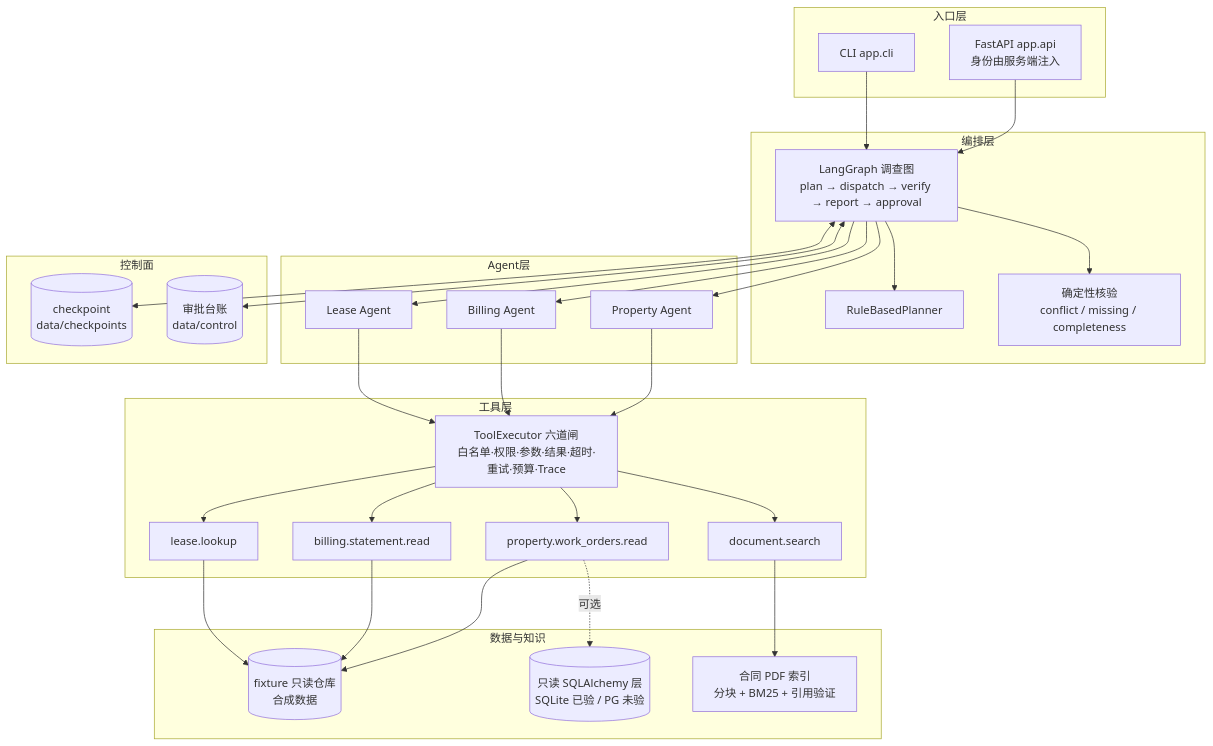
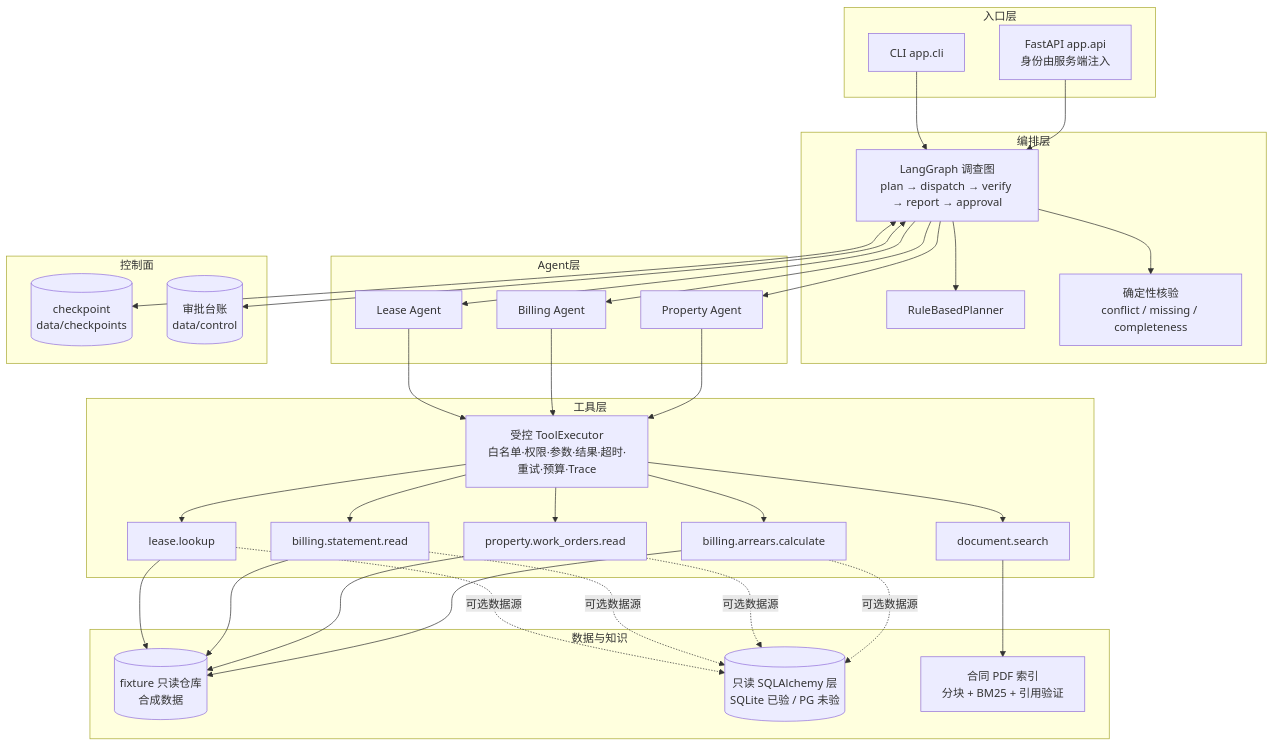
Before and after one commit to minatolog/commercial-property-multi-agent: the diagram in README.md, drawn with Mermaid. The commit also changed other lines of this file and 33 other files, not shown here.

````diff
--- a/README.md
+++ b/README.md
@@ -95,51 +96,52 @@
 ```mermaid
 flowchart TB
     subgraph 入口层
         CLI[CLI app.cli]
         API[FastAPI app.api<br/>身份由服务端注入]
     end
 
     subgraph 编排层
         G[LangGraph 调查图<br/>plan → dispatch → verify → report → approval]
         P[RuleBasedPlanner]
         V[确定性核验<br/>conflict / missing / completeness]
     end
 
     subgraph Agent层
         L[Lease Agent]
         B[Billing Agent]
         PR[Property Agent]
     end
 
     subgraph 工具层
-        EX[ToolExecutor 六道闸<br/>白名单·权限·参数·结果·超时·重试·预算·Trace]
+        EX[受控 ToolExecutor<br/>白名单·权限·参数·结果·超时·重试·预算·Trace]
         T1[lease.lookup]
         T2[billing.statement.read]
         T3[property.work_orders.read]
         T4[document.search]
+        T5[billing.arrears.calculate]
     end
 
     subgraph 数据与知识
         F[(fixture 只读仓库<br/>合成数据)]
         DB[(只读 SQLAlchemy 层<br/>SQLite 已验 / PG 未验)]
         RAG[合同 PDF 索引<br/>分块 + BM25 + 引用验证]
     end
 
     subgraph 控制面
         CP[(checkpoint<br/>data/checkpoints)]
         AL[(审批台账<br/>data/control)]
     end
 
     CLI --> G
     API --> G
     G --> P
     G --> L & B & PR
     L & B & PR --> EX
-    EX --> T1 & T2 & T3 & T4
-    T1 & T2 & T3 --> F
-    T3 -.可选.-> DB
+    EX --> T1 & T2 & T3 & T4 & T5
+    T1 & T2 & T3 & T5 --> F
+    T1 & T2 & T3 & T5 -.可选数据源.-> DB
     T4 --> RAG
     G <--> CP
     G <--> AL
     G --> V
 ```
````
